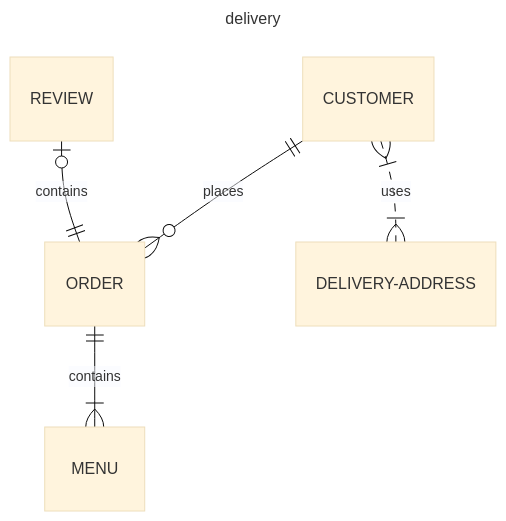
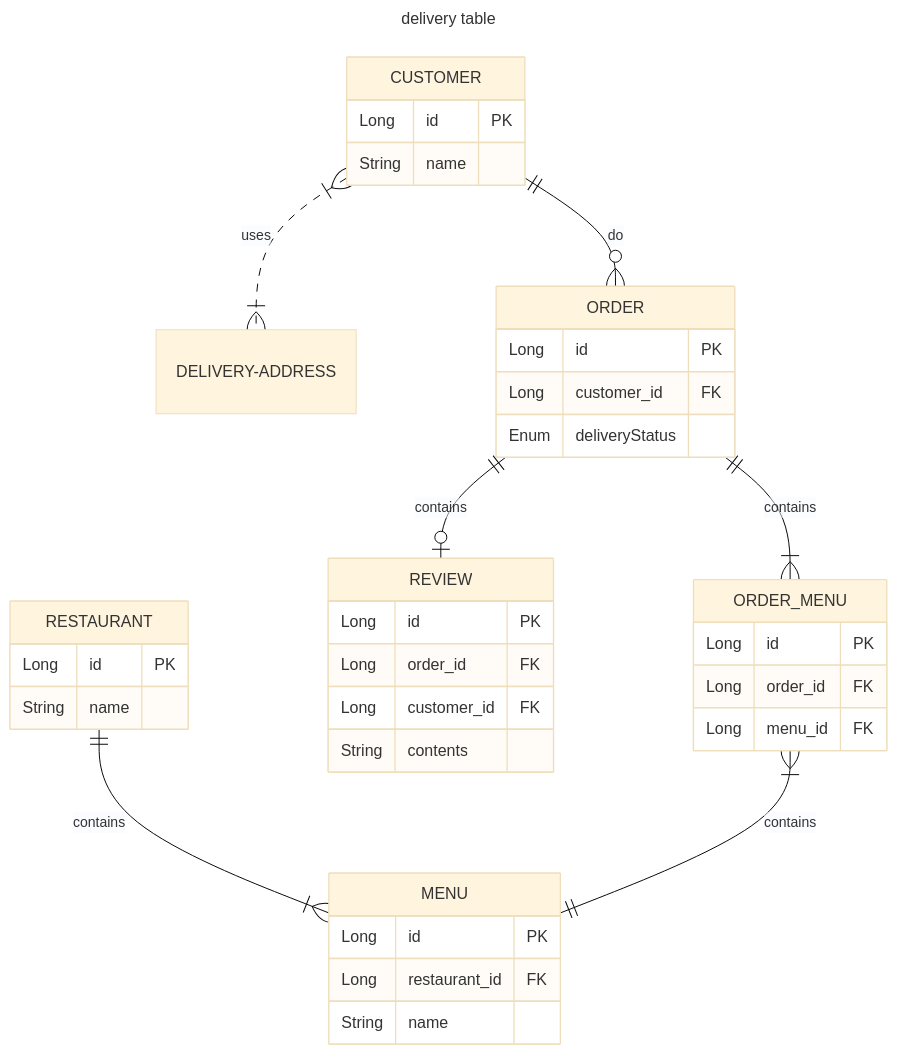
One commit to songkg7/haril-vault changed the diagram in inbox/delivery app sample.md. Above: the diagram before and after it, drawn with Mermaid (base theme). The commit also changed other lines of this file and 2 other files, not shown here.

Commit message:
vault backup: 2023-04-06 18:50:22
Affected files:
.obsidian/plugins/various-complements/data.json
backlog/chezmoi, basic settings.md
inbox/delivery app sample.md

````diff
--- a/inbox/delivery app sample.md
+++ b/inbox/delivery app sample.md
@@ -28,10 +28,41 @@
 ```mermaid
 ---
-title: delivery
+title: delivery table
 ---
 erDiagram
-    CUSTOMER ||--o{ ORDER : places
-    ORDER ||--|{ MENU : contains
     CUSTOMER }|..|{ DELIVERY-ADDRESS : uses
-    REVIEW |o--|| ORDER : contains
+    CUSTOMER ||--o{ ORDER : do
+    CUSTOMER {
+        Long id PK
+        String name
+    }
+    ORDER ||--|{ ORDER_MENU : contains
+    ORDER {
+        Long id PK
+        Long customer_id FK
+        Enum deliveryStatus
+    }
+    ORDER ||--o| REVIEW : contains
+    REVIEW {
+        Long id PK
+        Long order_id FK
+        Long customer_id FK
+        String contents
+    }
+    RESTAURANT ||--|{ MENU : contains
+    RESTAURANT {
+        Long id PK
+        String name
+    }
+    MENU {
+        Long id PK
+        Long restaurant_id FK
+        String name
+    }
+    ORDER_MENU {
+        Long id PK
+        Long order_id FK
+        Long menu_id FK
+    }
+    ORDER_MENU }|--|| MENU : contains
 ```
````
